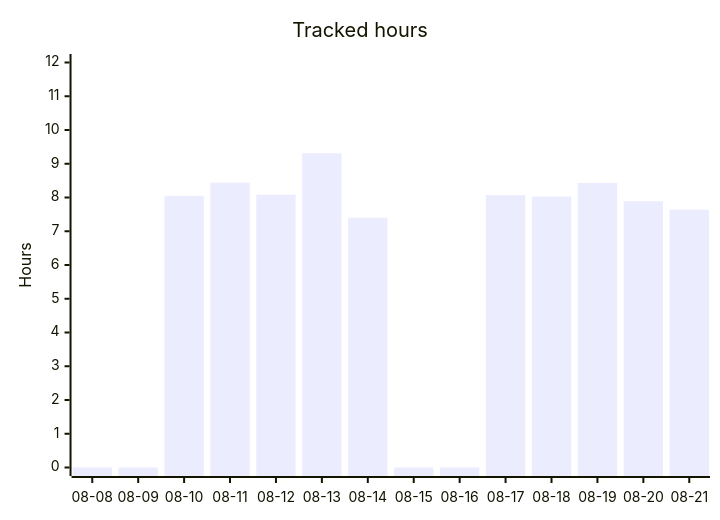
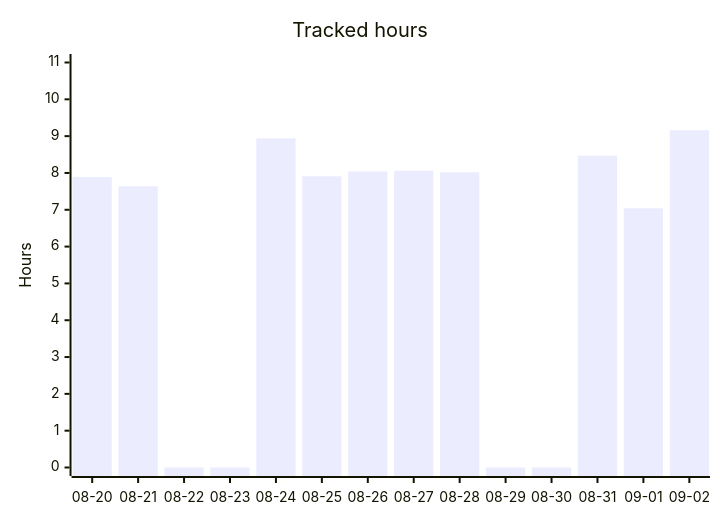
One commit to albinforsberg-netizen/timeclock changed the second of 5 diagrams in README.org. Above: the diagram before and after it, drawn with Mermaid. The commit also changed other lines of this file, not shown here.

```diff
--- a/README.org
+++ b/README.org
@@ -95,7 +95,7 @@
 #+begin_src mermaid
 xychart-beta
     title "Tracked hours"
-    x-axis ["08-08", "08-09", "08-10", "08-11", "08-12", "08-13", "08-14", "08-15", "08-16", "08-17", "08-18", "08-19", "08-20", "08-21"]
-    y-axis "Hours" 0 --> 12
-    bar [0.00, 0.00, 8.05, 8.44, 8.08, 9.31, 7.40, 0.00, 0.00, 8.07, 8.03, 8.43, 7.89, 7.64]
+    x-axis ["08-20", "08-21", "08-22", "08-23", "08-24", "08-25", "08-26", "08-27", "08-28", "08-29", "08-30", "08-31", "09-01", "09-02"]
+    y-axis "Hours" 0 --> 11
+    bar [7.89, 7.64, 0.00, 0.00, 8.94, 7.91, 8.04, 8.06, 8.02, 0.00, 0.00, 8.47, 7.04, 9.16]
 #+end_src
```
